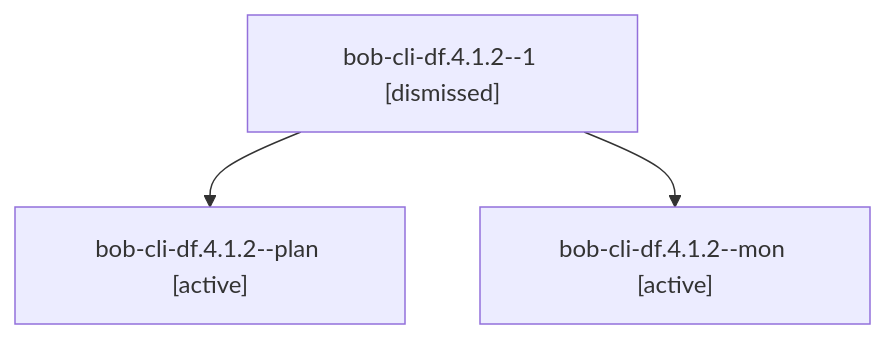
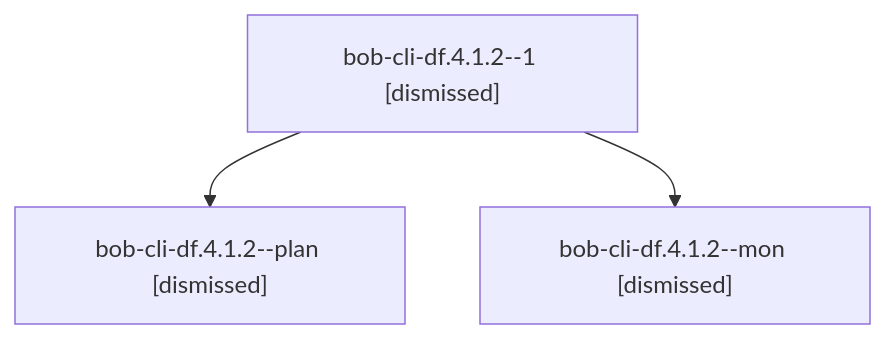
One commit to bobs-org/bob-cli--agents changed the diagram in sessions/bbugyi200.athena.bob-cli-df.4.1.2.md. Above: the diagram before and after it, drawn with Mermaid. The commit also changed other lines of this file and 155 other files, not shown here.

````diff
--- a/sessions/bbugyi200.athena.bob-cli-df.4.1.2.md
+++ b/sessions/bbugyi200.athena.bob-cli-df.4.1.2.md
@@ -9,8 +9,8 @@
 ```mermaid
 flowchart TD
   n0["bob-cli-df.4.1.2--1 [dismissed]"]
-  n1["bob-cli-df.4.1.2--plan [active]"]
+  n1["bob-cli-df.4.1.2--plan [dismissed]"]
   n0 --> n1
-  n2["bob-cli-df.4.1.2--mon [active]"]
+  n2["bob-cli-df.4.1.2--mon [dismissed]"]
   n0 --> n2
 ```
````
